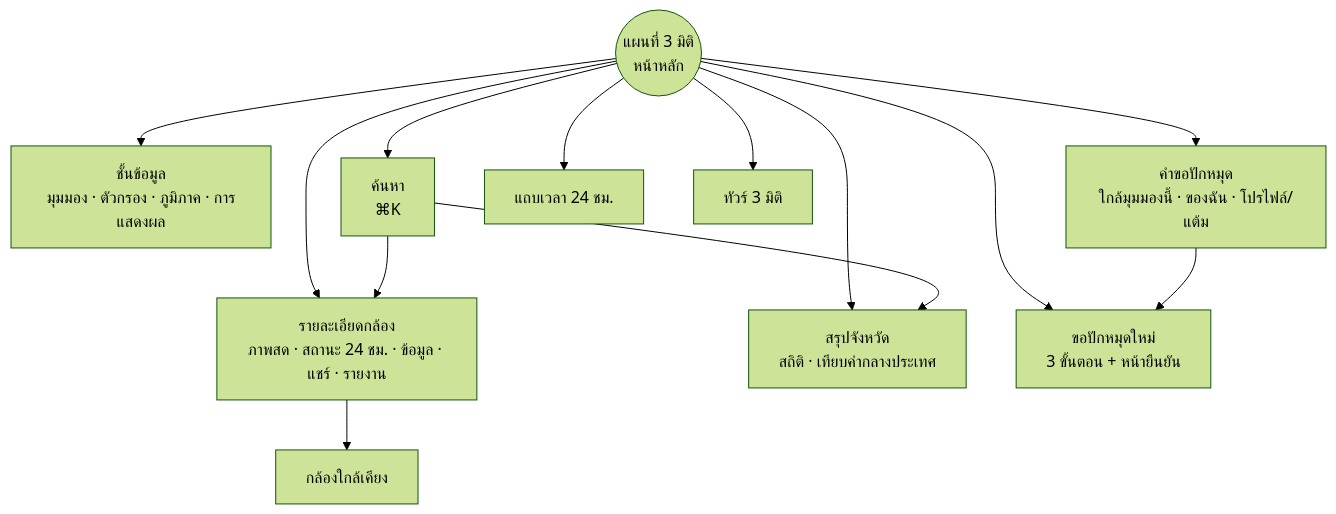
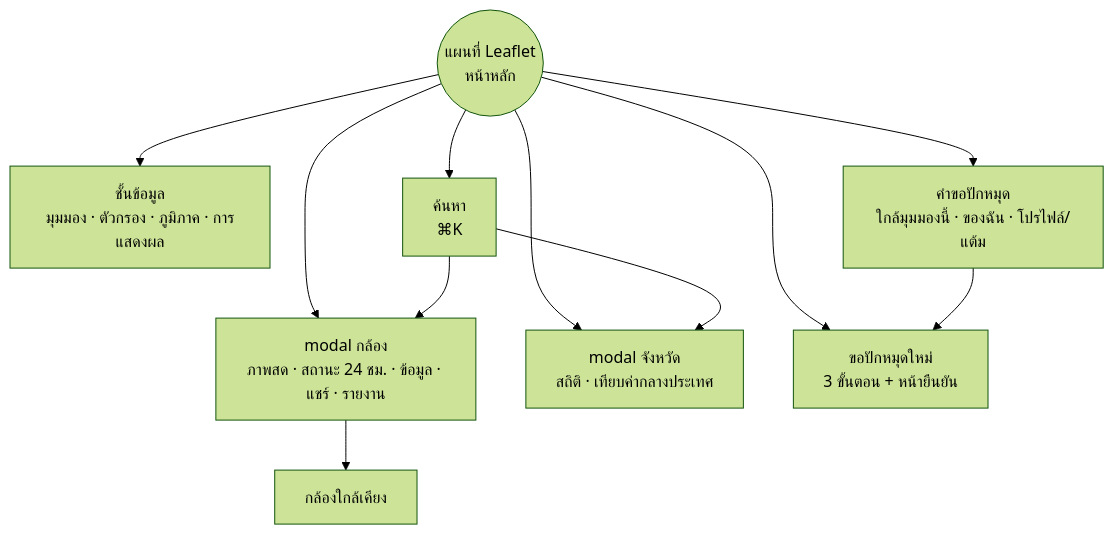
Before and after one commit to giganto-th/cctv: the second of 2 diagrams in docs/PHASE1-UXUI.md, drawn with Mermaid (forest theme). The commit also changed other lines of this file and 12 other files, not shown here.

First line of the commit message:
Switch to a Leaflet-only map with camera details in a modal

````diff
--- a/docs/PHASE1-UXUI.md
+++ b/docs/PHASE1-UXUI.md
@@ -68,16 +67,14 @@
 ```mermaid
 flowchart TB
-  MAP((แผนที่ 3 มิติ<br/>หน้าหลัก))
+  MAP((แผนที่ Leaflet<br/>หน้าหลัก))
   MAP --> L[ชั้นข้อมูล<br/>มุมมอง · ตัวกรอง · ภูมิภาค · การแสดงผล]
   MAP --> S[ค้นหา<br/>⌘K]
-  MAP --> D[รายละเอียดกล้อง<br/>ภาพสด · สถานะ 24 ชม. · ข้อมูล · แชร์ · รายงาน]
-  MAP --> P[สรุปจังหวัด<br/>สถิติ · เทียบค่ากลางประเทศ]
+  MAP --> D[modal กล้อง<br/>ภาพสด · สถานะ 24 ชม. · ข้อมูล · แชร์ · รายงาน]
+  MAP --> P[modal จังหวัด<br/>สถิติ · เทียบค่ากลางประเทศ]
   MAP --> R[คำขอปักหมุด<br/>ใกล้มุมมองนี้ · ของฉัน · โปรไฟล์/แต้ม]
   MAP --> N[ขอปักหมุดใหม่<br/>3 ขั้นตอน + หน้ายืนยัน]
-  MAP --> T[แถบเวลา 24 ชม.]
-  MAP --> TO[ทัวร์ 3 มิติ]
   D --> N2[กล้องใกล้เคียง]
   S --> D
   S --> P
   R --> N
 ```
````
